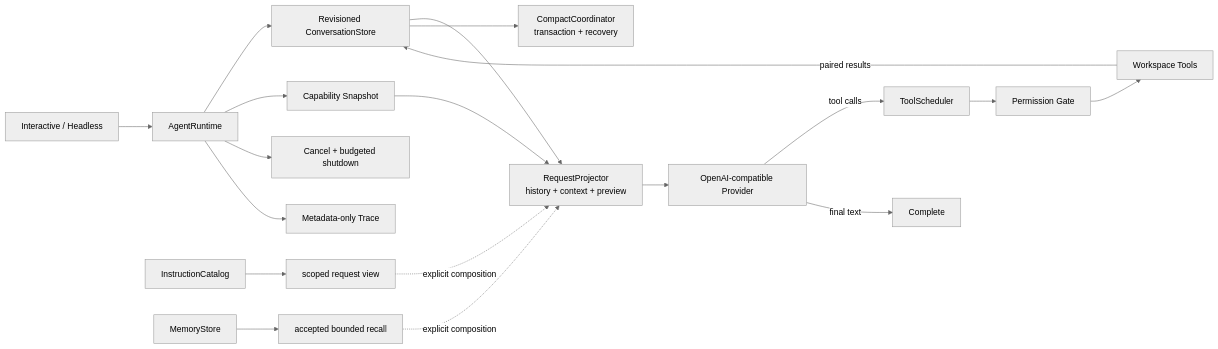
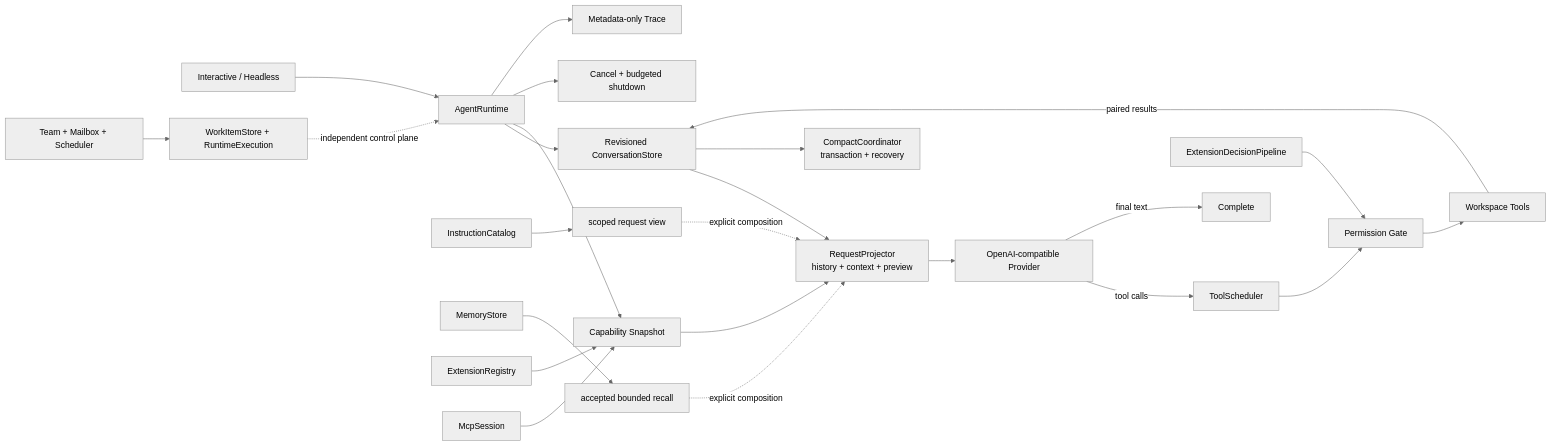
The third of 3 diagrams in README.md (bai201928/claude-code-source-course), drawn with Mermaid (neutral theme) before and after one commit. The commit also changed other lines of this file and 256 other files, not shown here.

````diff
--- a/README.md
+++ b/README.md
@@ -81,21 +90,26 @@
 ```mermaid
 flowchart LR
   CLI["Interactive / Headless"] --> AR["AgentRuntime"]
   AR --> CS["Revisioned ConversationStore"]
   CS --> RP["RequestProjector\nhistory + context + preview"]
   CS --> COMPACT["CompactCoordinator\ntransaction + recovery"]
   INST["InstructionCatalog"] --> IV["scoped request view"]
   MEM["MemoryStore"] --> MV["accepted bounded recall"]
   IV -. "explicit composition" .-> RP
   MV -. "explicit composition" .-> RP
   AR --> SNAP["Capability Snapshot"]
+  EXT["ExtensionRegistry"] --> SNAP
+  MCP["McpSession"] --> SNAP
   SNAP --> RP
   RP --> LLM["OpenAI-compatible Provider"]
   LLM -->|"tool calls"| SCH["ToolScheduler"]
   SCH --> PG["Permission Gate"]
+  HOOK["ExtensionDecisionPipeline"] --> PG
   PG --> TOOLS["Workspace Tools"]
   TOOLS -->|"paired results"| CS
   LLM -->|"final text"| DONE["Complete"]
   AR --> ABORT["Cancel + budgeted shutdown"]
   AR --> TRACE["Metadata-only Trace"]
+  WORK["WorkItemStore + RuntimeExecution"] -. "independent control plane" .-> AR
+  TEAM["Team + Mailbox + Scheduler"] --> WORK
 ```
````
